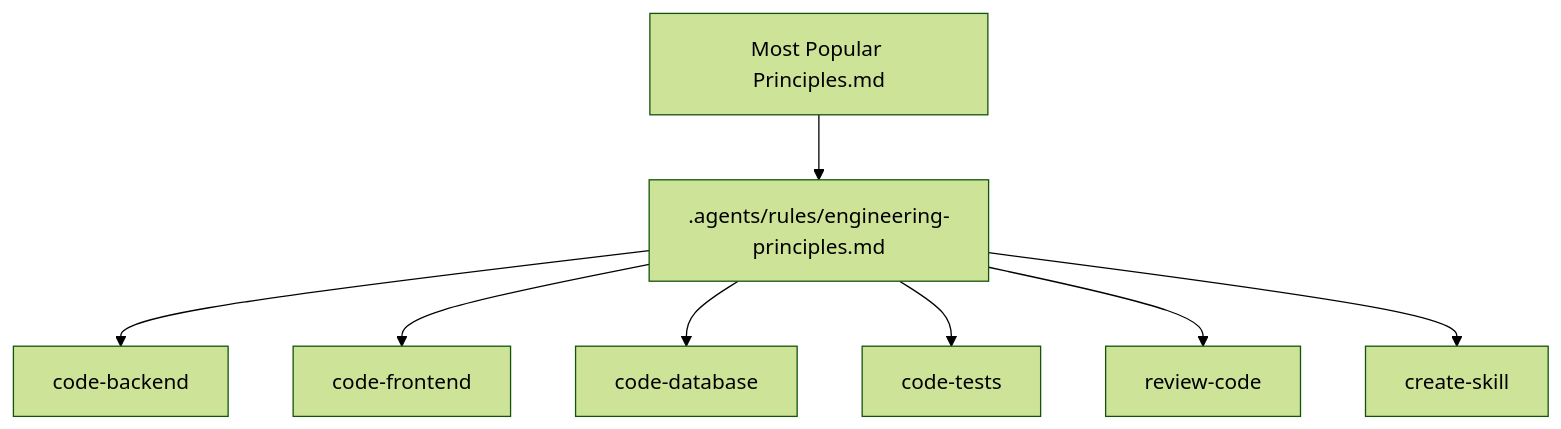
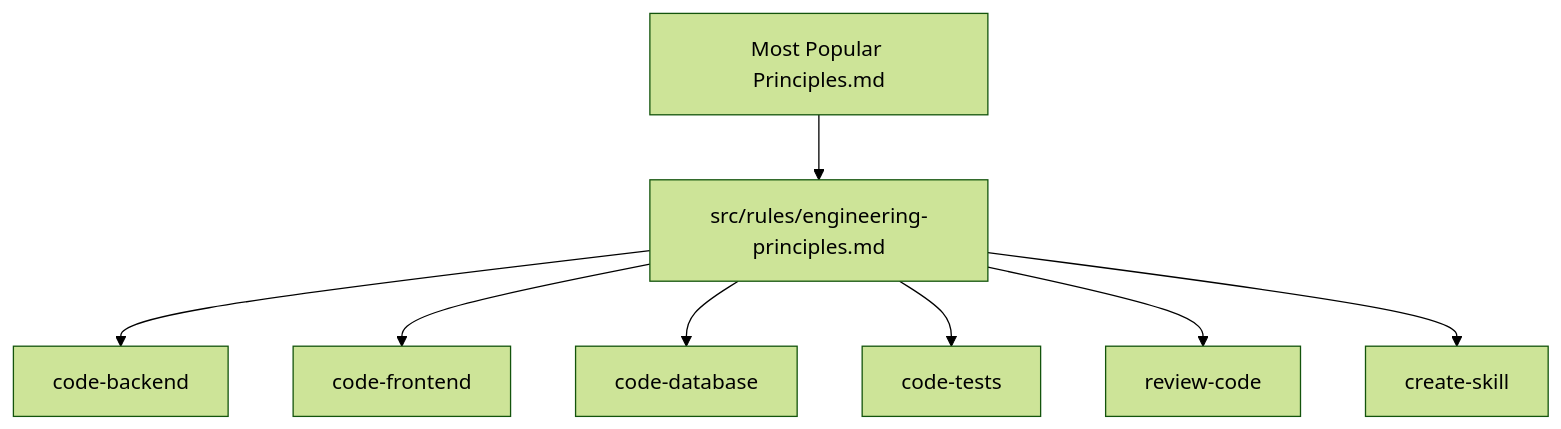
The diagram in docs/2026-05-23-design-principles/SPEC.md (PromptPasture/agent.md), drawn with Mermaid (forest theme) before and after one commit. The commit also changed other lines of this file and 213 other files, not shown here.

First line of the commit message:
refactor: move library content from `.agents/` to `src/` (#67)

````diff
--- a/docs/2026-05-23-design-principles/SPEC.md
+++ b/docs/2026-05-23-design-principles/SPEC.md
@@ -207,10 +207,10 @@
 ```mermaid
 flowchart TD
-    Source["Most Popular Principles.md"] --> Rule[".agents/rules/engineering-principles.md"]
+    Source["Most Popular Principles.md"] --> Rule["src/rules/engineering-principles.md"]
     Rule --> Backend["code-backend"]
     Rule --> Frontend["code-frontend"]
     Rule --> Database["code-database"]
     Rule --> Tests["code-tests"]
     Rule --> Review["review-code"]
     Rule --> SkillAuthoring["create-skill"]
 ```
````
